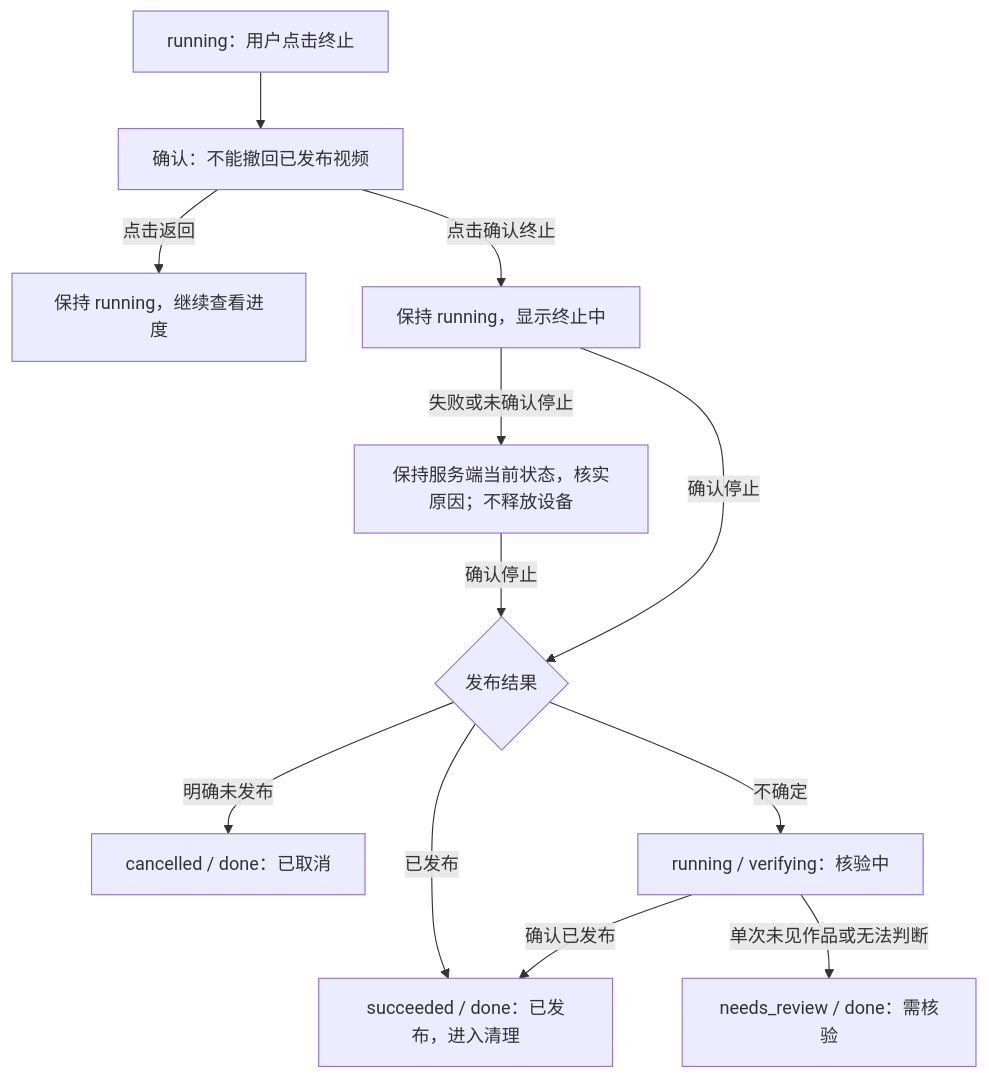
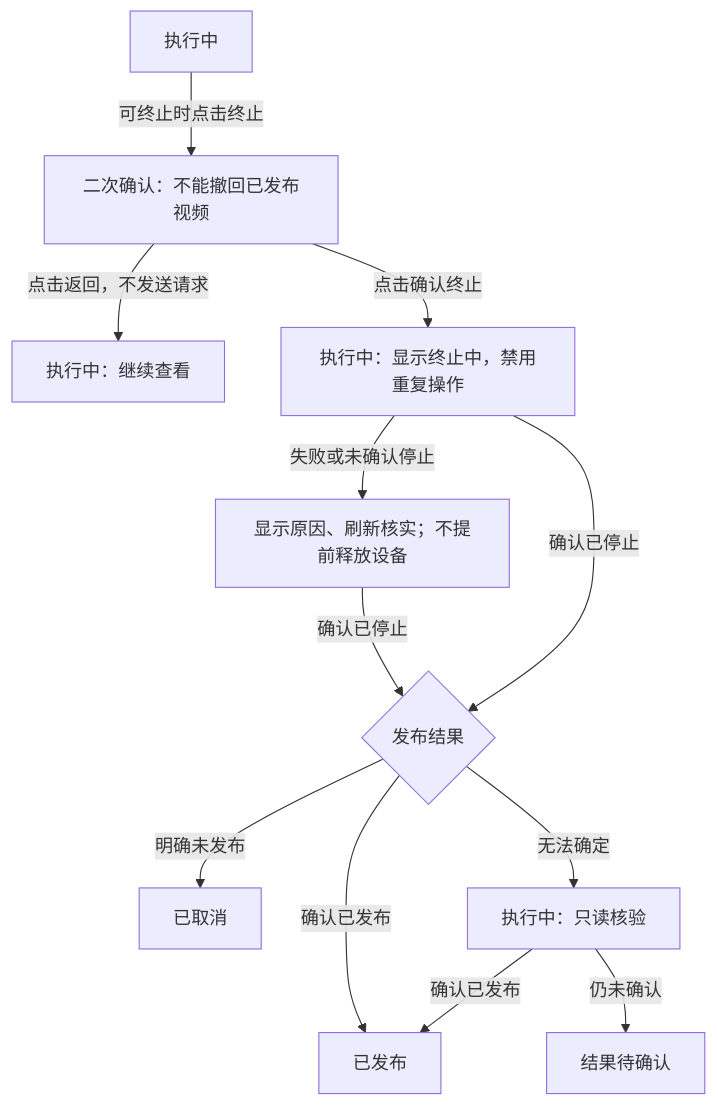
Before and after one commit to brakchen/tts-erp: the third of 3 diagrams in docs/video-publish/01-product-proposal.md, drawn with Mermaid. The commit also changed other lines of this file, not shown here.

````diff
--- a/docs/video-publish/01-product-proposal.md
+++ b/docs/video-publish/01-product-proposal.md
@@ -335,14 +288,14 @@
 ```mermaid
 flowchart TD
-    A["running：用户点击终止"] --> B["确认：不能撤回已发布视频"]
-    B -->|点击返回| C["保持 running，继续查看进度"]
-    B -->|点击确认终止| D["保持 running，显示终止中"]
-    D -- 失败或未确认停止 --> E["保持服务端当前状态，核实原因；不释放设备"]
-    E -- 确认停止 --> F{"发布结果"}
-    D -- 确认停止 --> F
-    F -- 已发布 --> G["succeeded / done：已发布，进入清理"]
-    F -- 明确未发布 --> H["cancelled / done：已取消"]
-    F -- 不确定 --> I["running / verifying：核验中"]
-    I -- 确认已发布 --> G
-    I -- 单次未见作品或无法判断 --> J["needs_review / done：需核验"]
+    A["执行中"] -->|可终止时点击终止| B["二次确认：不能撤回已发布视频"]
+    B -->|点击返回，不发送请求| K["执行中：继续查看"]
+    B -->|点击确认终止| T["执行中：显示终止中，禁用重复操作"]
+    T -->|失败或未确认停止| W["显示原因、刷新核实；不提前释放设备"]
+    W -->|确认已停止| D{"发布结果"}
+    T -->|确认已停止| D
+    D -->|确认已发布| S["已发布"]
+    D -->|明确未发布| C["已取消"]
+    D -->|无法确定| V["执行中：只读核验"]
+    V -->|确认已发布| S
+    V -->|仍未确认| N["结果待确认"]
 ```
````
